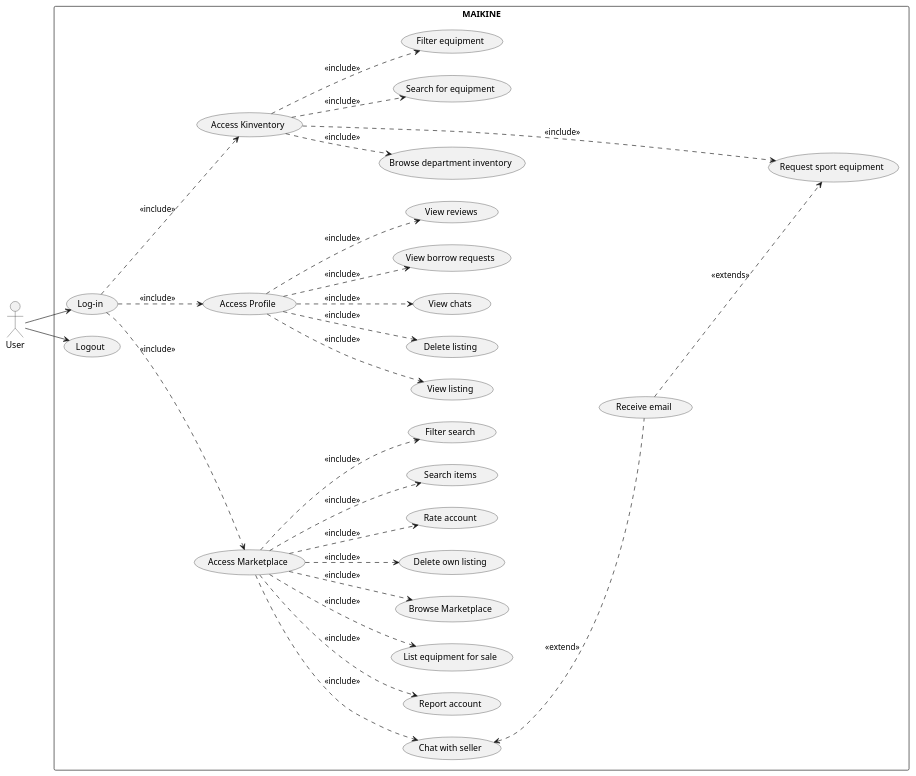
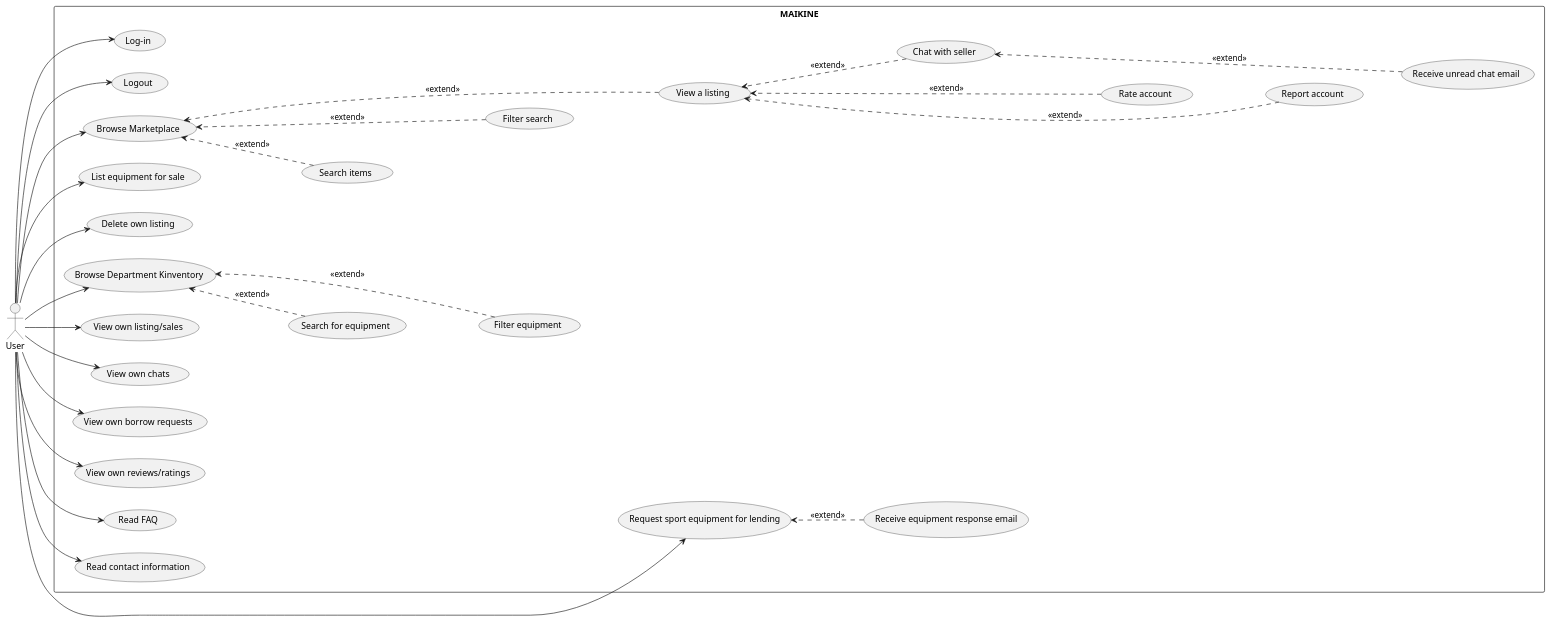
The diagram in usecaseDiagrams/User_Diagram.puml (JanPerez35/PlantUML), drawn with PlantUML before and after one commit. The commit also changed 3 other files, not shown here.

Commit message:
Updated use case diagrams.

```diff
--- a/usecaseDiagrams/User_Diagram.puml
+++ b/usecaseDiagrams/User_Diagram.puml
@@ -1,76 +1,89 @@
 @startuml
 left to right direction
 skinparam packageStyle rectangle
 
 actor User
 
 rectangle MAIKINE {
 
+ 
   usecase "Log-in" as UC_Login
+  usecase "Logout" as UC_Logout
+
+ 
+  usecase "Browse Marketplace" as UC_BrowseMP
 
 
-  usecase "Access Marketplace" as UC_Market
+  usecase "Search items" as UC_Search
+  usecase "Filter search" as UC_Filter
+  usecase "View a listing" as UC_Listing
   usecase "Chat with seller" as UC_Chat
+  usecase "Rate account" as UC_Rate
   usecase "Report account" as UC_Report
+  usecase "Receive unread chat email" as UC_EmailChat
   usecase "List equipment for sale" as UC_List
-  usecase "Browse Marketplace" as UC_BrowseMP
   usecase "Delete own listing" as UC_DeleteList
-  usecase "Rate account" as UC_Rate
-  usecase "Search items"  as UC_Search
-  usecase "Filter search" as UC_Filter
 
-  usecase "Access Profile" as UC_Profile
-  usecase "View listing" as UC_View
-  usecase "Delete listing" as UC_Delete
-  usecase "View chats" as UC_ViewChat
-  usecase "View borrow requests" as UC_BorrowRequest
-  usecase " View reviews" as UC_Review
+  
+  usecase "Browse Department Kinventory" as UC_BrowseIN
+  usecase "Request sport equipment for lending" as UC_Request
 
-  usecase "Access Kinventory" as UC_Lending
-  usecase "Browse department inventory" as UC_Browse
-  usecase "Request sport equipment" as UC_Request
+ 
   usecase "Search for equipment" as UC_EquipSearch
   usecase "Filter equipment" as UC_EquipFilter
+  usecase "Receive equipment response email" as UC_EmailResponse
 
-  usecase "Receive email" as UC_Email
-  usecase "Logout" as UC_Logout
+ 
+  usecase "View own listing/sales" as UC_View
+  usecase "View own chats" as UC_ViewChat
+  usecase "View own borrow requests" as UC_BorrowRequest
+  usecase "View own reviews/ratings" as UC_Review
+
+  usecase "Read FAQ" as UC_ReadFAQ
+  usecase "Read contact information" as UC_ReadContact
 }
+
 
 User --> UC_Login
 User --> UC_Logout
+User --> UC_BrowseMP
+User --> UC_List
+User --> UC_DeleteList
+User --> UC_BrowseIN
+User --> UC_Request
+User --> UC_View
+User --> UC_ViewChat
+User --> UC_BorrowRequest
+User --> UC_Review
+User --> UC_ReadFAQ
+User --> UC_ReadContact
 
 
-UC_Login ..> UC_Market : <<include>>
-UC_Login ..> UC_Profile : <<include>>
-UC_Login ..> UC_Lending : <<include>>
+UC_Search ..> UC_BrowseMP : <<extend>>
+UC_Filter ..> UC_BrowseMP : <<extend>>
+UC_Listing ..> UC_BrowseMP : <<extend>>
+
+UC_Chat ..> UC_Listing : <<extend>>
+UC_Rate ..> UC_Listing : <<extend>>
+UC_Report ..> UC_Listing : <<extend>>
+UC_EmailChat ..> UC_Chat : <<extend>>
+
+UC_EquipSearch ..> UC_BrowseIN : <<extend>>
+UC_EquipFilter ..> UC_BrowseIN : <<extend>>
+UC_EmailResponse ..> UC_Request : <<extend>>
 
 
-UC_Market ..> UC_Chat : <<include>>
+UC_BrowseMP -[hidden]-> UC_Search
+UC_Search -[hidden]-> UC_Filter
+UC_Filter -[hidden]-> UC_Listing
+UC_Listing -[hidden]-> UC_Chat
+UC_Chat -[hidden]-> UC_Rate
+UC_Rate -[hidden]-> UC_Report
+UC_Report -[hidden]-> UC_EmailChat
 
-
-UC_Market ..> UC_Report : <<include>>
-UC_Market ..> UC_List : <<include>>
-UC_Market ..> UC_BrowseMP: <<include>>
-UC_Market ..> UC_DeleteList: <<include>>
-UC_Market ..> UC_Rate: <<include>>
-UC_Market ..> UC_Search: <<include>>
-UC_Market ..> UC_Filter: <<include>>
-
-
-UC_Profile ..> UC_View : <<include>>
-UC_Profile ..> UC_Delete : <<include>>
-UC_Profile ..> UC_ViewChat: <<include>>
-UC_Profile ..> UC_BorrowRequest: <<include>>
-UC_Profile ..> UC_Review: <<include>>
-
-UC_Lending ..> UC_Browse : <<include>>
-UC_Lending ..> UC_Request : <<include>>
-UC_Lending ..> UC_EquipSearch: <<include>>
-UC_Lending ..> UC_EquipFilter: <<include>>
-UC_Email ..> UC_Request: <<extends>>
-
-
-
-UC_Chat <.. UC_Email : <<extend>>
+UC_BrowseIN -[hidden]-> UC_EquipSearch
+UC_EquipSearch -[hidden]-> UC_EquipFilter
+UC_EquipFilter -[hidden]-> UC_Request
+UC_Request -[hidden]-> UC_EmailResponse
 
 @enduml
```
